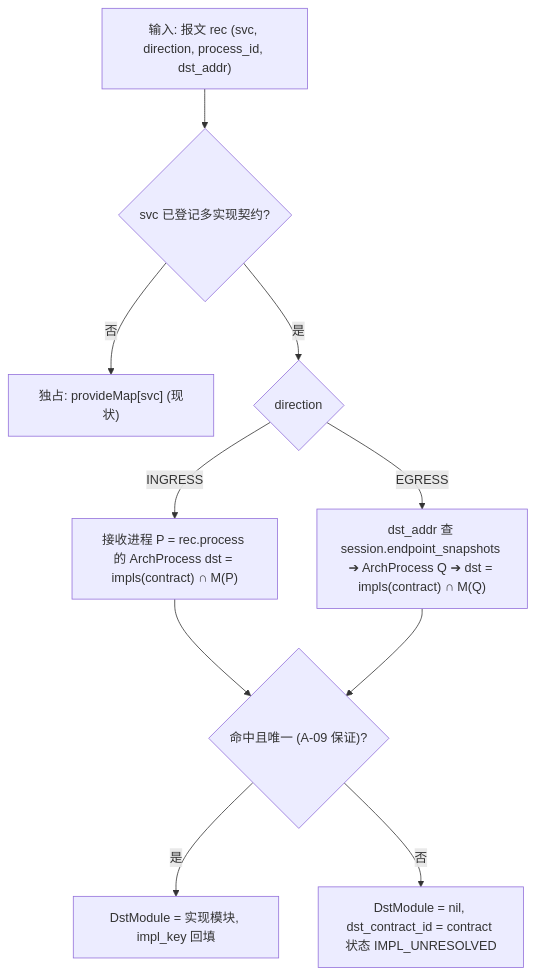
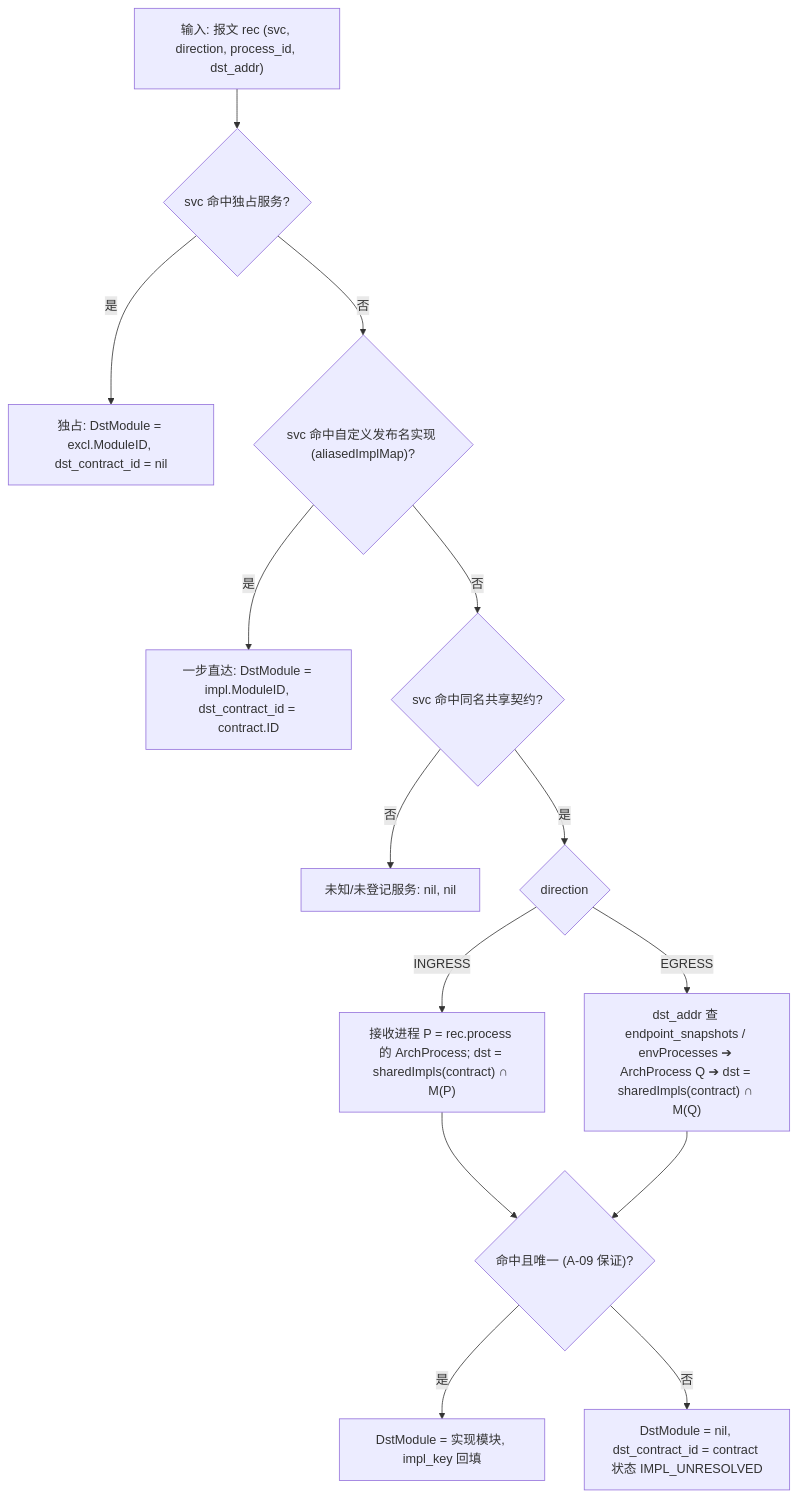
Before and after one commit to fugui/code-traefik: the second of 2 diagrams in docs/05-adr/16-multi-implementation-service-contract-adr.md, drawn with Mermaid. The commit also changed other lines of this file and 30 other files, not shown here.

````diff
--- a/docs/05-adr/16-multi-implementation-service-contract-adr.md
+++ b/docs/05-adr/16-multi-implementation-service-contract-adr.md
@@ -152,12 +157,16 @@
 ```mermaid
 flowchart TD
-    S["输入: 报文 rec (svc, direction, process_id, dst_addr)"] --> K{"svc 已登记多实现契约?"}
-    K -- "否" --> E["独占: provideMap[svc] (现状)"]
+    S["输入: 报文 rec (svc, direction, process_id, dst_addr)"] --> T1a{"svc 命中独占服务?"}
+    T1a -- "是" --> E["独占: DstModule = excl.ModuleID, dst_contract_id = nil"]
+    T1a -- "否" --> T1b{"svc 命中自定义发布名实现 (aliasedImplMap)?"}
+    T1b -- "是" --> AL["一步直达: DstModule = impl.ModuleID, dst_contract_id = contract.ID"]
+    T1b -- "否" --> K{"svc 命中同名共享契约?"}
+    K -- "否" --> U0["未知/未登记服务: nil, nil"]
     K -- "是" --> Dir{"direction"}
-    Dir -- "INGRESS" --> I["接收进程 P = rec.process 的 ArchProcess dst = impls(contract) ∩ M(P)"]
-    Dir -- "EGRESS" --> G["dst_addr 查 session.endpoint_snapshots ➔ ArchProcess Q ➔ dst = impls(contract) ∩ M(Q)"]
+    Dir -- "INGRESS" --> I["接收进程 P = rec.process 的 ArchProcess; dst = sharedImpls(contract) ∩ M(P)"]
+    Dir -- "EGRESS" --> G["dst_addr 查 endpoint_snapshots / envProcesses ➔ ArchProcess Q ➔ dst = sharedImpls(contract) ∩ M(Q)"]
     I --> R{"命中且唯一 (A-09 保证)?"}
     G --> R
     R -- "是" --> OK["DstModule = 实现模块, impl_key 回填"]
     R -- "否" --> U["DstModule = nil, dst_contract_id = contract 状态 IMPL_UNRESOLVED"]
 ```
````
